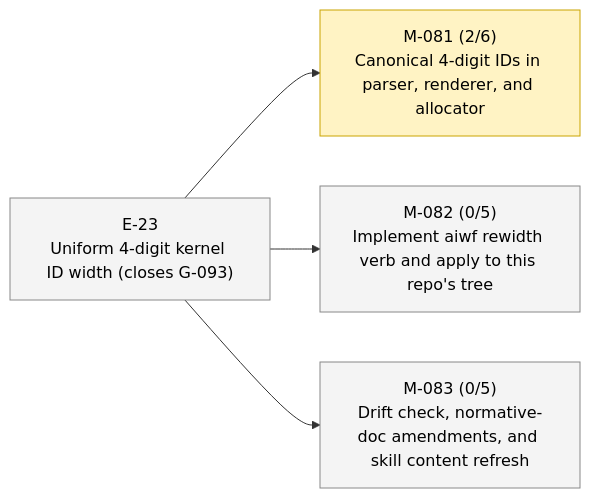
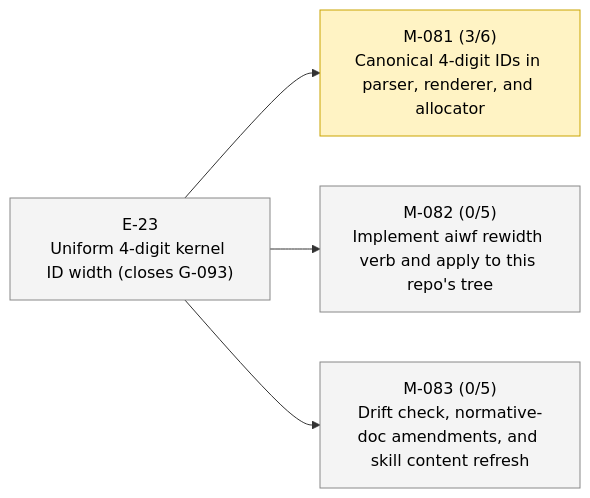
Before and after one commit to 23min/aiwf: the second of 2 diagrams in STATUS.md, drawn with Mermaid. The commit also changed other lines of this file and 1 other file, not shown here.

````diff
--- a/STATUS.md
+++ b/STATUS.md
@@ -47,16 +47,16 @@
 ```mermaid
 flowchart LR
   E_23["E-23<br/>Uniform 4-digit kernel ID width (closes G-093)"]:::epic_proposed
-  M_081["M-081 (2/6)<br/>Canonical 4-digit IDs in parser, renderer, and allocator"]:::ms_in_progress
+  M_081["M-081 (3/6)<br/>Canonical 4-digit IDs in parser, renderer, and allocator"]:::ms_in_progress
   E_23 --> M_081
   M_082["M-082 (0/5)<br/>Implement aiwf rewidth verb and apply to this repo's tree"]:::ms_draft
   E_23 --> M_082
   M_083["M-083 (0/5)<br/>Drift check, normative-doc amendments, and skill content refresh"]:::ms_draft
   E_23 --> M_083
   classDef epic_active fill:#d6eaff,stroke:#1a73e8,color:#000
   classDef epic_proposed fill:#f4f4f4,stroke:#888,color:#000
   classDef ms_done fill:#d8f5d8,stroke:#2a8a2a,color:#000
   classDef ms_in_progress fill:#fff3c4,stroke:#caa400,color:#000
   classDef ms_draft fill:#f4f4f4,stroke:#888,color:#000
   classDef ms_cancelled fill:#fbeaea,stroke:#c33,color:#000
 ```
````
